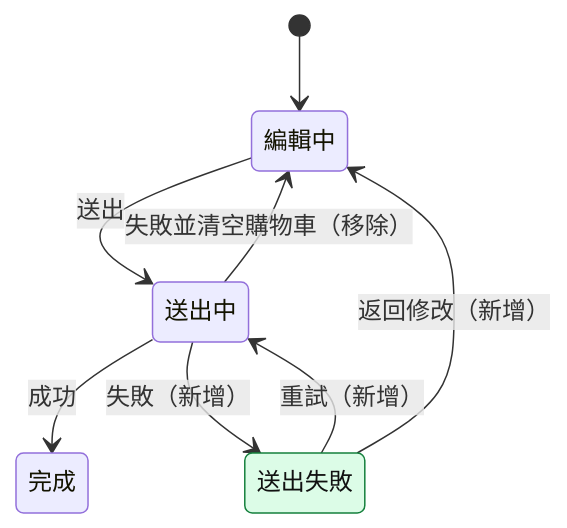
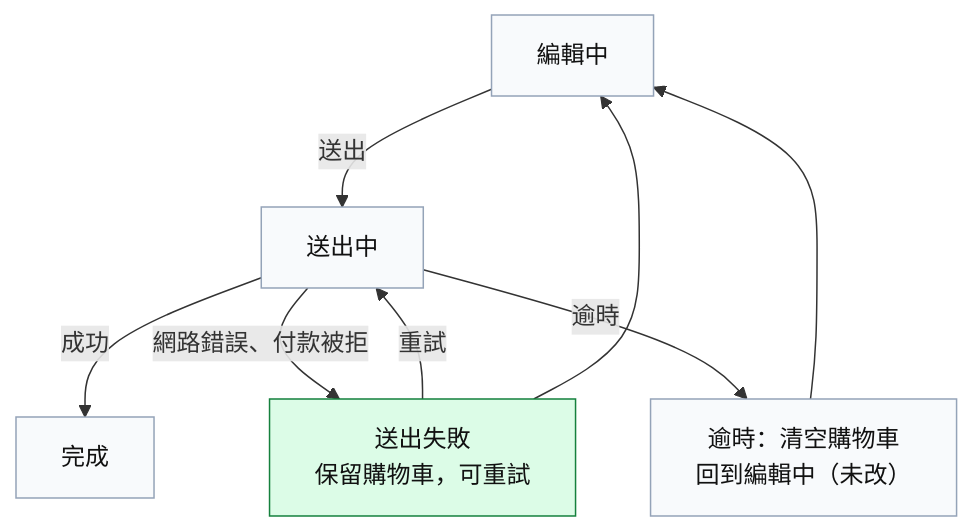
One commit to ba1679/diff-review-skills changed the third of 3 diagrams in skills/diff-explain/templates/explain-report.example.md. Above: the diagram before and after it, drawn with Mermaid. The commit also changed other lines of this file and 29 other files, not shown here.

First line of the commit message:
Make review reports diagram-first and stop re-copying agent output

````diff
--- a/skills/diff-explain/templates/explain-report.example.md
+++ b/skills/diff-explain/templates/explain-report.example.md
@@ -54,16 +56,13 @@
 ```mermaid
-stateDiagram-v2
-  state "編輯中" as editing
-  state "送出中" as submitting
-  state "完成" as done
-  state "送出失敗" as error
-  [*] --> editing
-  editing --> submitting: 送出
-  submitting --> done: 成功
-  submitting --> editing: 失敗並清空購物車（移除）
-  submitting --> error: 失敗（新增）
-  error --> submitting: 重試（新增）
-  error --> editing: 返回修改（新增）
+flowchart TD
+  editing["編輯中"] -->|送出| submitting["送出中"]
+  submitting -->|成功| done["完成"]
+  submitting -->|網路錯誤、付款被拒| error["送出失敗<br/>保留購物車，可重試"]
+  submitting -->|逾時| timeout["逾時：清空購物車<br/>回到編輯中（未改）"]
+  error -->|重試| submitting
+  error --> editing
+  timeout --> editing
+  classDef default fill:#f8fafc,stroke:#94a3b8,color:#111
   classDef added fill:#dcfce7,stroke:#15803d,color:#111
   class error added
 ```
````
